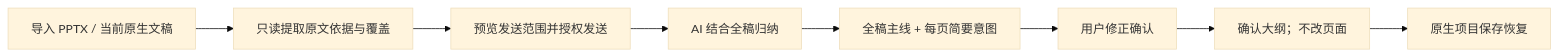
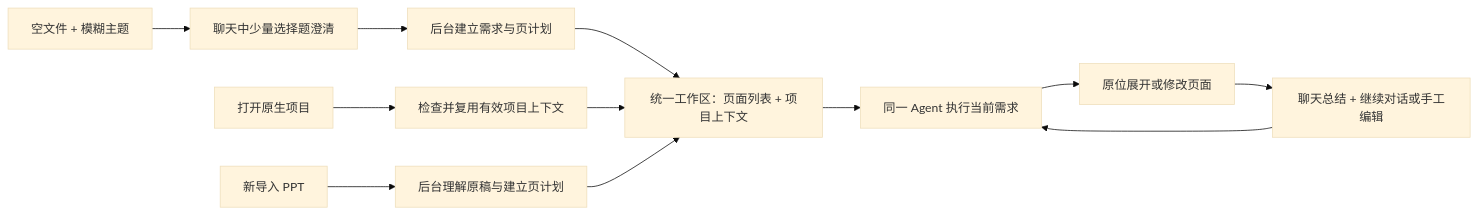
The diagram in docs/rfcs/ai-assistant.md (hyperlook/deckcraft), drawn with Mermaid (base theme) before and after one commit. The commit also changed other lines of this file and 47 other files, not shown here.

````diff
--- a/docs/rfcs/ai-assistant.md
+++ b/docs/rfcs/ai-assistant.md
@@ -25,10 +19,14 @@
 ```mermaid
 flowchart LR
-    D[导入 PPTX / 当前原生文稿] --> E[只读提取原文依据与覆盖]
-    E --> S[预览发送范围并授权发送]
-    S --> M[AI 结合全稿归纳]
-    M --> C[全稿主线 + 每页简要意图]
-    C --> U[用户修正确认]
-    U --> O[确认大纲；不改页面]
-    O --> P[原生项目保存恢复]
+    A[空文件 + 模糊主题] --> Q[聊天中少量选择题澄清]
+    Q --> B[后台建立需求与页计划]
+    N[打开原生项目] --> R[检查并复用有效项目上下文]
+    I[新导入 PPT] --> E[后台理解原稿与建立页计划]
+    B --> W[统一工作区：页面列表 + 项目上下文]
+    R --> W
+    E --> W
+    W --> T[同一 Agent 执行当前需求]
+    T --> P[原位展开或修改页面]
+    P --> C[聊天总结 + 继续对话或手工编辑]
+    C --> T
 ```
````
